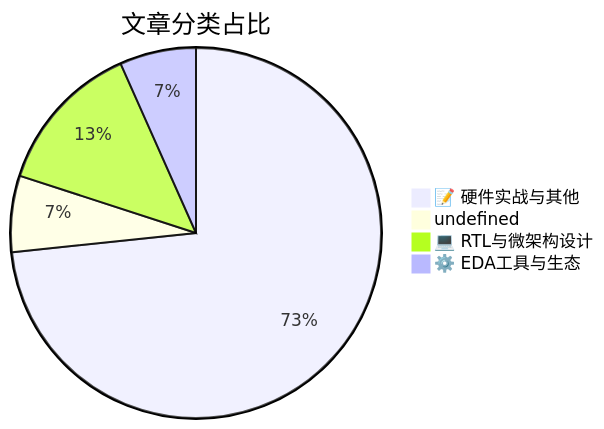
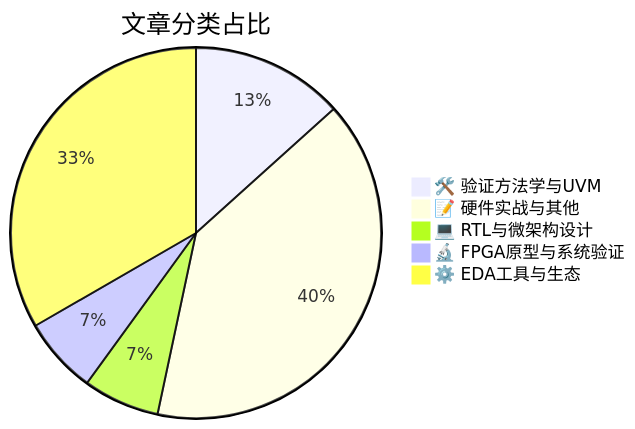
Before and after one commit to casparlin/fpga-daily-digest: the diagram in public/digest.md, drawn with Mermaid. The commit also changed other lines of this file and 1 other file, not shown here.

````diff
--- a/public/digest.md
+++ b/public/digest.md
@@ -41,7 +41,8 @@
 ```mermaid
 pie title 文章分类占比
-  "📝 硬件实战与其他" : 11
-  "undefined" : 1
-  "💻 RTL与微架构设计" : 2
-  "⚙️ EDA工具与生态" : 1
+  "🛠️ 验证方法学与UVM" : 2
+  "📝 硬件实战与其他" : 6
+  "💻 RTL与微架构设计" : 1
+  "🔬 FPGA原型与系统验证" : 1
+  "⚙️ EDA工具与生态" : 5
 ```
````
